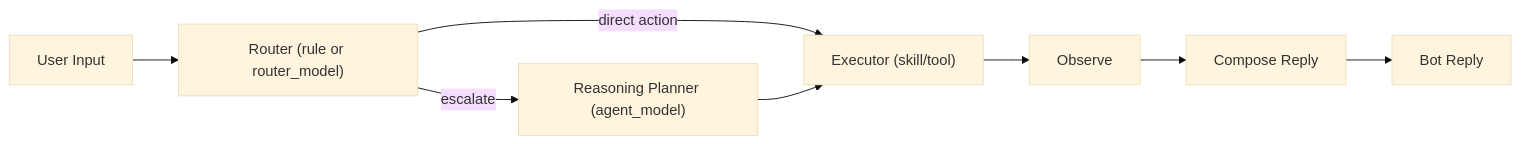
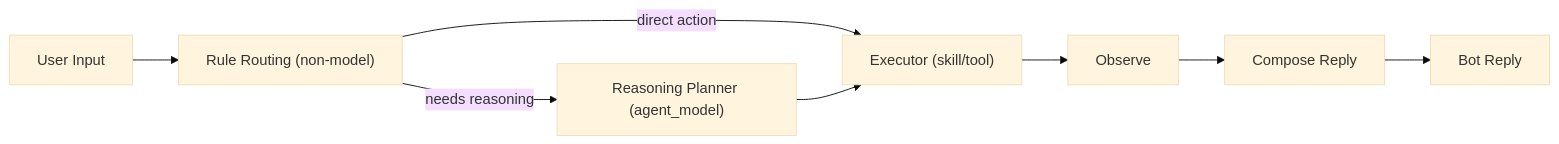
One commit to nigelleong0703/teambot changed the first of 2 diagrams in docs/agent-runtime-architecture.md. Above: the diagram before and after it, drawn with Mermaid (base theme). The commit also changed 5 other files, not shown here.

Commit message:
refactor: default to single-model planner without router role

````diff
--- a/docs/agent-runtime-architecture.md
+++ b/docs/agent-runtime-architecture.md
@@ -5,10 +5,10 @@
 ```mermaid
 flowchart LR
-  U["User Input"] --> R["Router (rule or router_model)"]
+  U["User Input"] --> R["Rule Routing (non-model)"]
   R -->|"direct action"| X["Executor (skill/tool)"]
-  R -->|"escalate"| P["Reasoning Planner (agent_model)"]
+  R -->|"needs reasoning"| P["Reasoning Planner (agent_model)"]
   P --> X
   X --> O["Observe"]
   O --> C["Compose Reply"]
   C --> U2["Bot Reply"]
 ```
````
